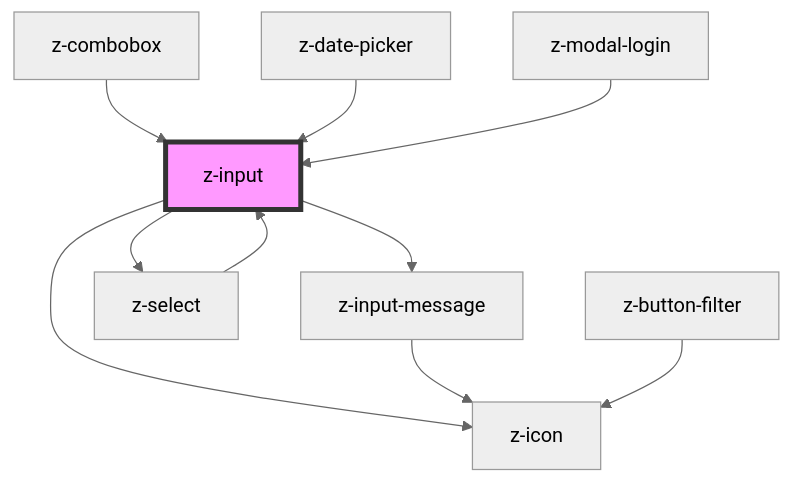
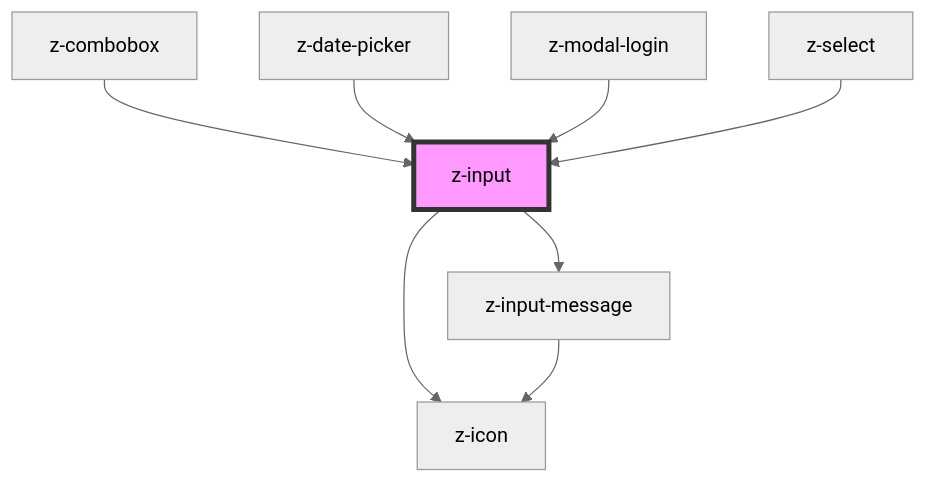
One commit to ZanichelliEditore/design-system changed the diagram in src/components/inputs/z-input/readme.md. Above: the diagram before and after it, drawn with Mermaid (neutral theme). The commit also changed other lines of this file and 9 other files, not shown here.

Commit message:
refactor: removed z-input type select

````diff
--- a/src/components/inputs/z-input/readme.md
+++ b/src/components/inputs/z-input/readme.md
@@ -211,13 +208,11 @@
 ```mermaid
 graph TD;
   z-input --> z-icon
   z-input --> z-input-message
-  z-input --> z-select
   z-input-message --> z-icon
-  z-select --> z-input
-  z-button-filter --> z-icon
   z-combobox --> z-input
   z-date-picker --> z-input
   z-modal-login --> z-input
+  z-select --> z-input
   style z-input fill:#f9f,stroke:#333,stroke-width:4px
 ```
````
